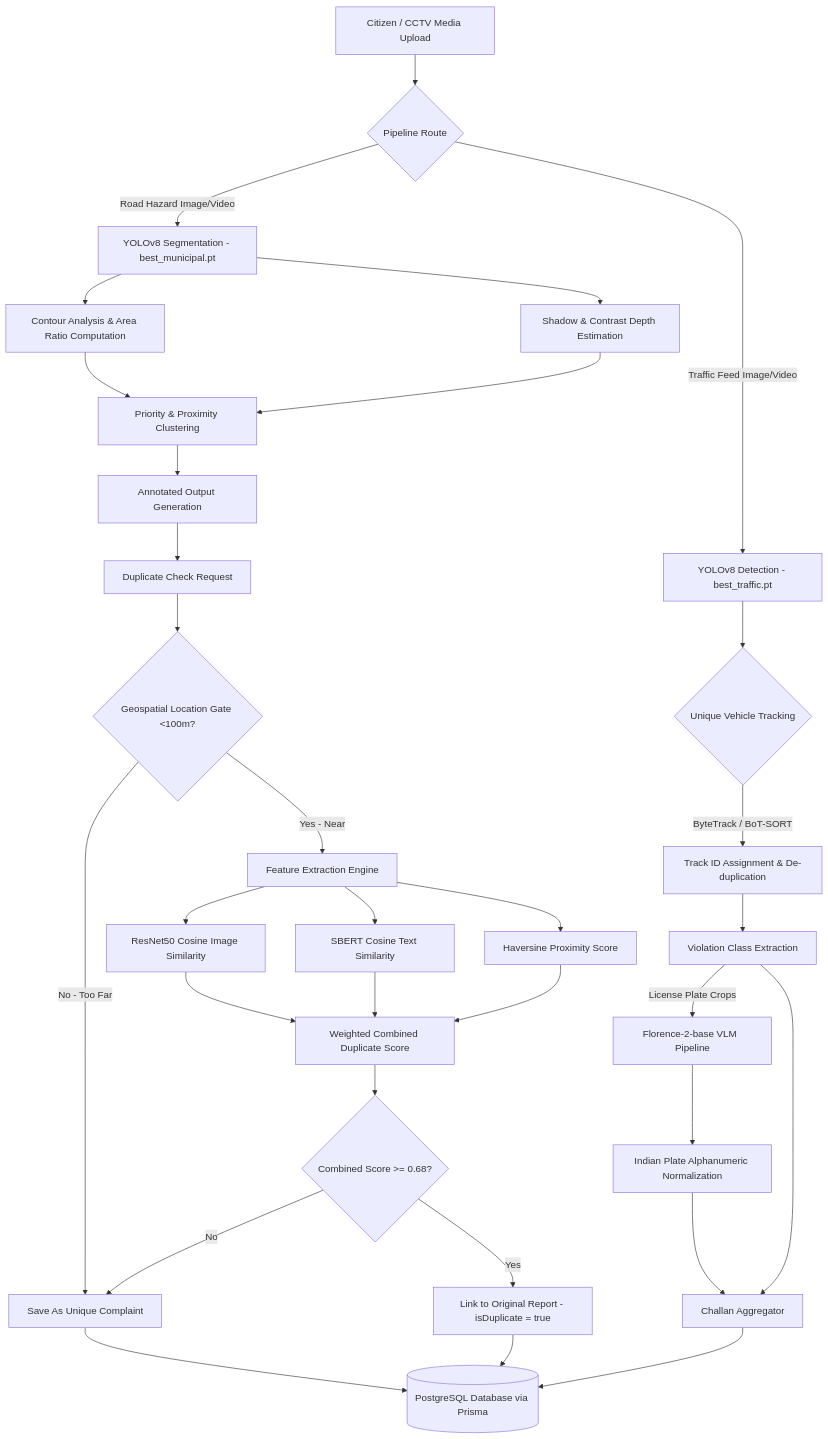
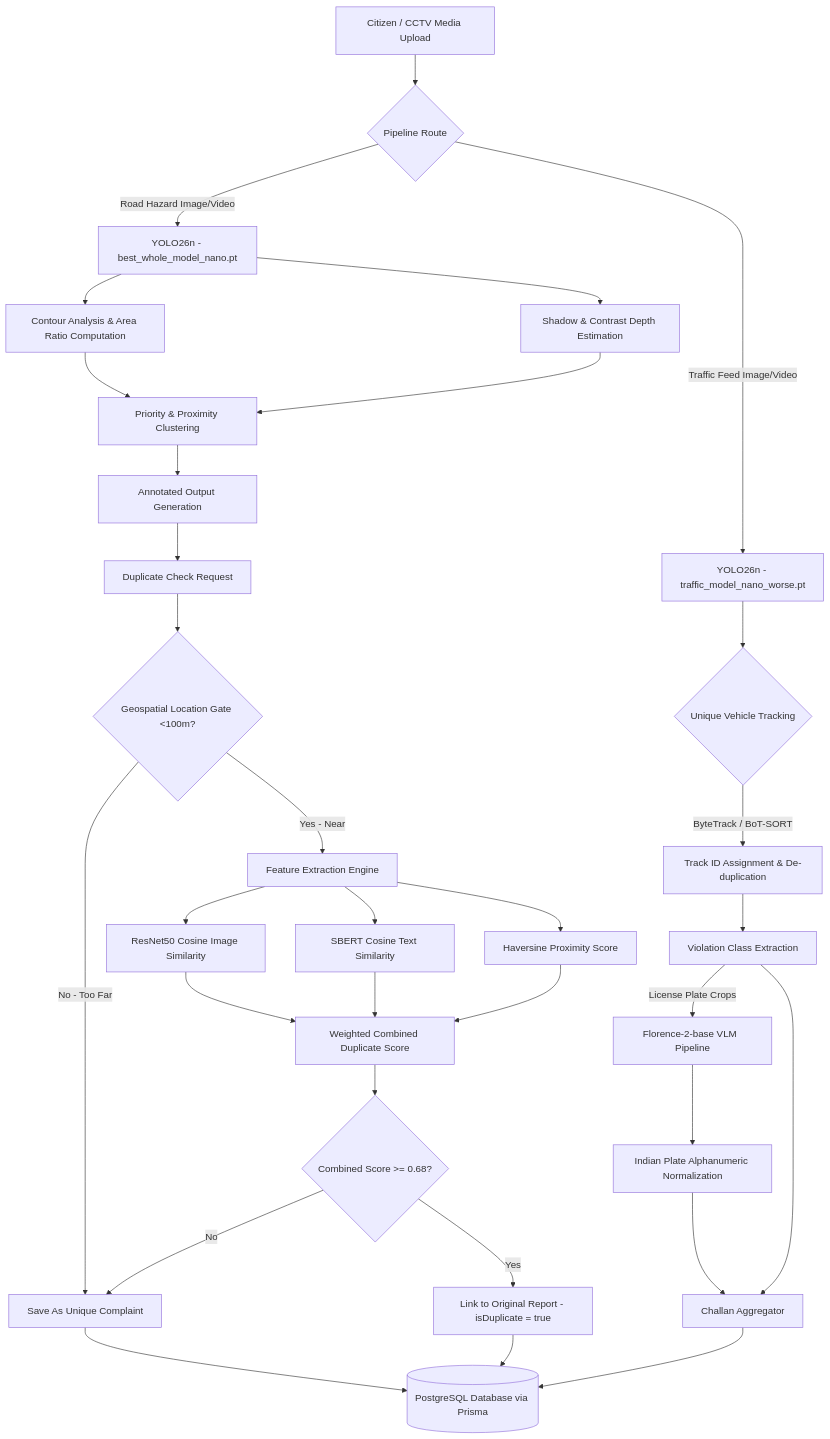
The diagram in README.md (Devguru-codes/SadakSathi), drawn with Mermaid before and after one commit. The commit also changed other lines of this file and 179 other files, not shown here.

````diff
--- a/README.md
+++ b/README.md
@@ -101,36 +103,36 @@
 ```mermaid
 graph TD
     A[Citizen / CCTV Media Upload] --> B{Pipeline Route}
     
     %% Road Hazard Pipeline
-    B -->|Road Hazard Image/Video| C[YOLOv8 Segmentation - best_municipal.pt]
+    B -->|Road Hazard Image/Video| C[YOLO26n - best_whole_model_nano.pt]
     C --> D[Contour Analysis & Area Ratio Computation]
     C --> E[Shadow & Contrast Depth Estimation]
     D & E --> F[Priority & Proximity Clustering]
     F --> G[Annotated Output Generation]
     
     %% Traffic Violation Pipeline
-    B -->|Traffic Feed Image/Video| H[YOLOv8 Detection - best_traffic.pt]
+    B -->|Traffic Feed Image/Video| H[YOLO26n - traffic_model_nano_worse.pt]
     H --> I{Unique Vehicle Tracking}
     I -->|ByteTrack / BoT-SORT| J[Track ID Assignment & De-duplication]
     J --> K[Violation Class Extraction]
     K -->|License Plate Crops| L[Florence-2-base VLM <OCR> Pipeline]
     L --> M[Indian Plate Alphanumeric Normalization]
     M & K --> N[Challan Aggregator]
     
     %% Duplicate Checking Pipeline
     G --> O[Duplicate Check Request]
     O --> P{Geospatial Location Gate <100m?}
     P -->|No - Too Far| Q[Save As Unique Complaint]
     P -->|Yes - Near| R[Feature Extraction Engine]
     R --> S[ResNet50 Cosine Image Similarity]
     R --> T[SBERT Cosine Text Similarity]
     R --> U[Haversine Proximity Score]
     S & T & U --> V[Weighted Combined Duplicate Score]
     V --> W{Combined Score >= 0.68?}
     W -->|Yes| X[Link to Original Report - isDuplicate = true]
     W -->|No| Q
     
     %% Storage
     Q & X & N --> Y[(PostgreSQL Database via Prisma)]
 ```
````
